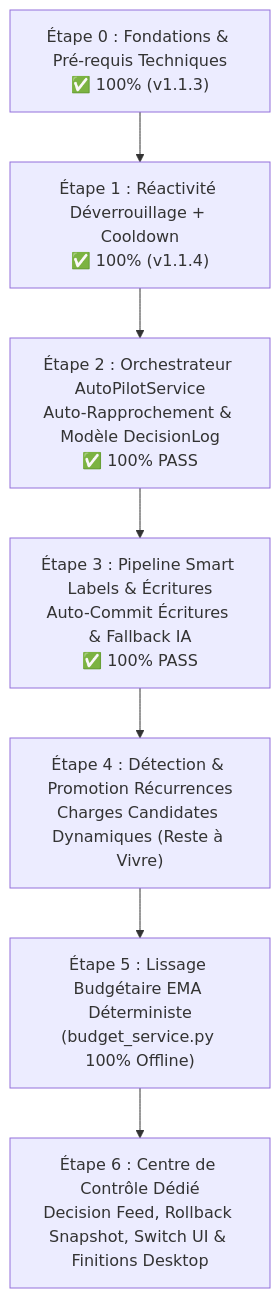
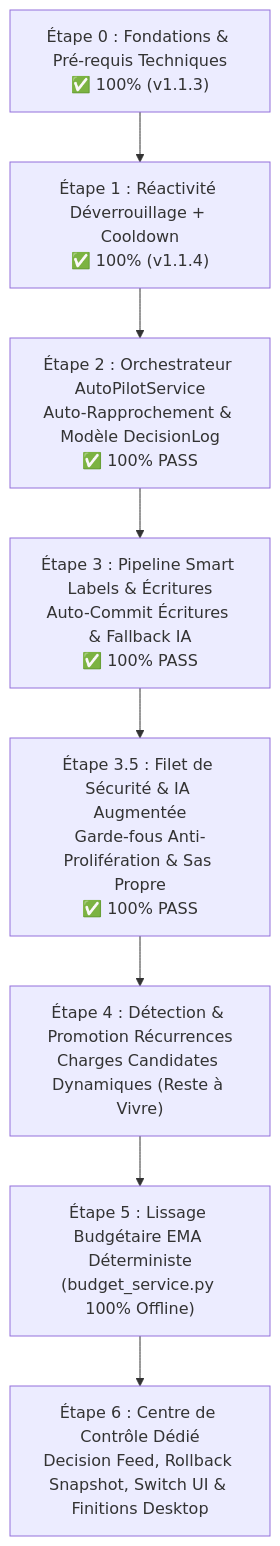
Before and after one commit to Aschefr/OmniBank-Local: the diagram in docs/AUTO_PILOT_ROADMAP.md, drawn with Mermaid. The commit also changed other lines of this file and 18 other files, not shown here.

````diff
--- a/docs/AUTO_PILOT_ROADMAP.md
+++ b/docs/AUTO_PILOT_ROADMAP.md
@@ -461,9 +461,10 @@
 ```mermaid
 graph TD
     Z["Étape 0 : Fondations & Pré-requis Techniques<br/>✅ 100% (v1.1.3)"] --> A["Étape 1 : Réactivité Déverrouillage + Cooldown<br/>✅ 100% (v1.1.4)"]
     A --> B["Étape 2 : Orchestrateur AutoPilotService<br/>Auto-Rapprochement & Modèle DecisionLog<br/>✅ 100% PASS"]
     B --> C["Étape 3 : Pipeline Smart Labels & Écritures<br/>Auto-Commit Écritures & Fallback IA<br/>✅ 100% PASS"]
-    C --> D["Étape 4 : Détection & Promotion Récurrences<br/>Charges Candidates Dynamiques (Reste à Vivre)"]
+    C --> C1["Étape 3.5 : Filet de Sécurité & IA Augmentée<br/>Garde-fous Anti-Prolifération & Sas Propre<br/>✅ 100% PASS"]
+    C1 --> D["Étape 4 : Détection & Promotion Récurrences<br/>Charges Candidates Dynamiques (Reste à Vivre)"]
     D --> E["Étape 5 : Lissage Budgétaire EMA Déterministe<br/>(budget_service.py 100% Offline)"]
     E --> F["Étape 6 : Centre de Contrôle Dédié<br/>Decision Feed, Rollback Snapshot, Switch UI & Finitions Desktop"]
 ```
````
